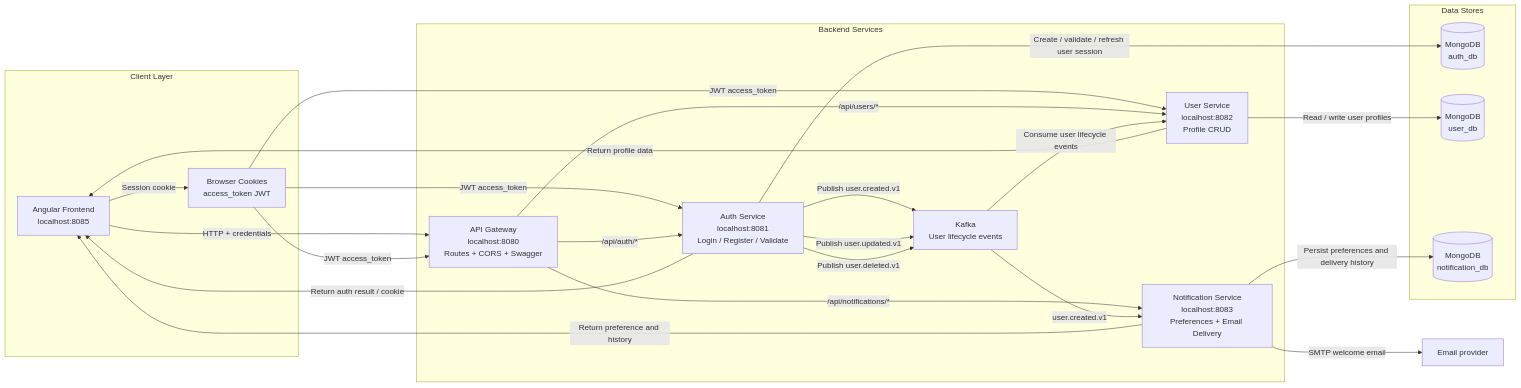
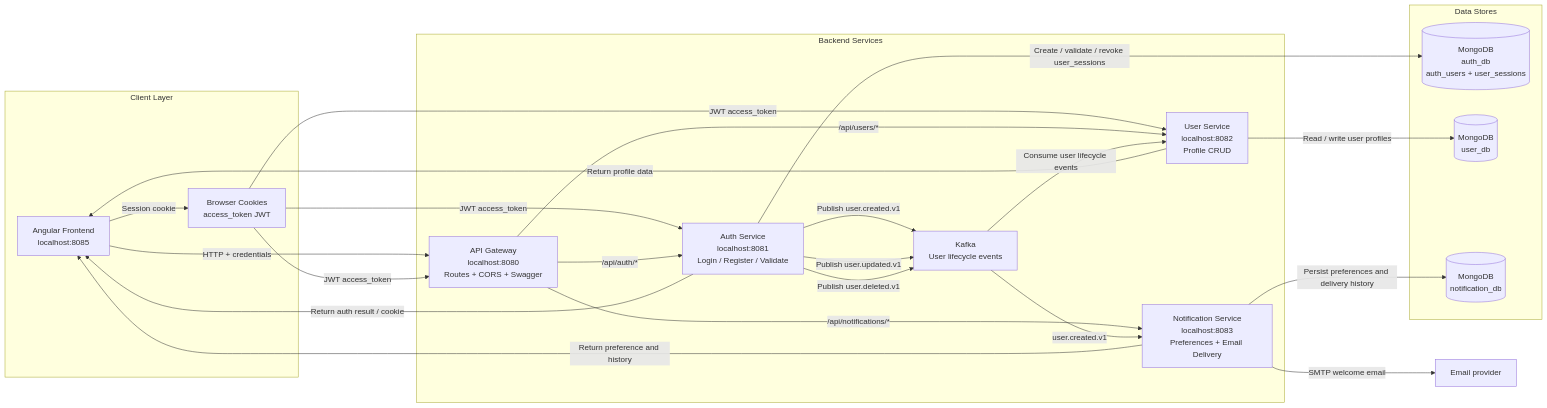
The first of 3 diagrams in architect.md (manish8561/identiy-hub-services), drawn with Mermaid before and after one commit. The commit also changed other lines of this file and 11 other files, not shown here.

Commit message:
feat: implement user session management with MongoDB support

````diff
--- a/architect.md
+++ b/architect.md
@@ -7,46 +7,46 @@
 ```mermaid
 flowchart LR
     subgraph Client[Client Layer]
         FE[Angular Frontend\nlocalhost:8085]
         BROWSER[Browser Cookies\naccess_token JWT]
     end
 
     subgraph Backend[Backend Services]
         GW[API Gateway\nlocalhost:8080\nRoutes + CORS + Swagger]
         AS[Auth Service\nlocalhost:8081\nLogin / Register / Validate]
         US[User Service\nlocalhost:8082\nProfile CRUD]
         NS[Notification Service\nlocalhost:8083\nPreferences + Email Delivery]
         KAFKA[Kafka\nUser lifecycle events]
     end
 
     subgraph Data[Data Stores]
-        AUTHDB[(MongoDB\nauth_db)]
+        AUTHDB[(MongoDB\nauth_db\n auth_users + user_sessions)]
         USERDB[(MongoDB\nuser_db)]
         NOTIFYDB[(MongoDB\nnotification_db)]
     end
 
     FE -->|HTTP + credentials| GW
     FE -->|Session cookie| BROWSER
     BROWSER -->|JWT access_token| GW
     BROWSER -->|JWT access_token| AS
     BROWSER -->|JWT access_token| US
 
     GW -->|/api/auth/*| AS
     GW -->|/api/users/*| US
     GW -->|/api/notifications/*| NS
 
-    AS -->|Create / validate / refresh user session| AUTHDB
+    AS -->|Create / validate / revoke user_sessions| AUTHDB
     AS -->|Publish user.created.v1| KAFKA
     AS -->|Publish user.updated.v1| KAFKA
     AS -->|Publish user.deleted.v1| KAFKA
 
     KAFKA -->|Consume user lifecycle events| US
     US -->|Read / write user profiles| USERDB
     KAFKA -->|user.created.v1| NS
     NS -->|Persist preferences and delivery history| NOTIFYDB
     NS -->|SMTP welcome email| EMAIL[Email provider]
 
     US -->|Return profile data| FE
     AS -->|Return auth result / cookie| FE
     NS -->|Return preference and history| FE
 ```
````
